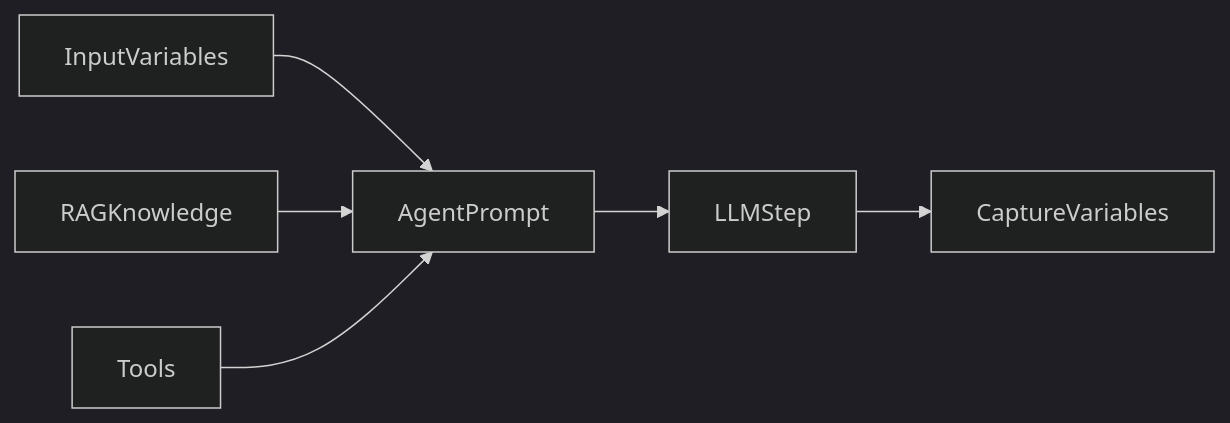
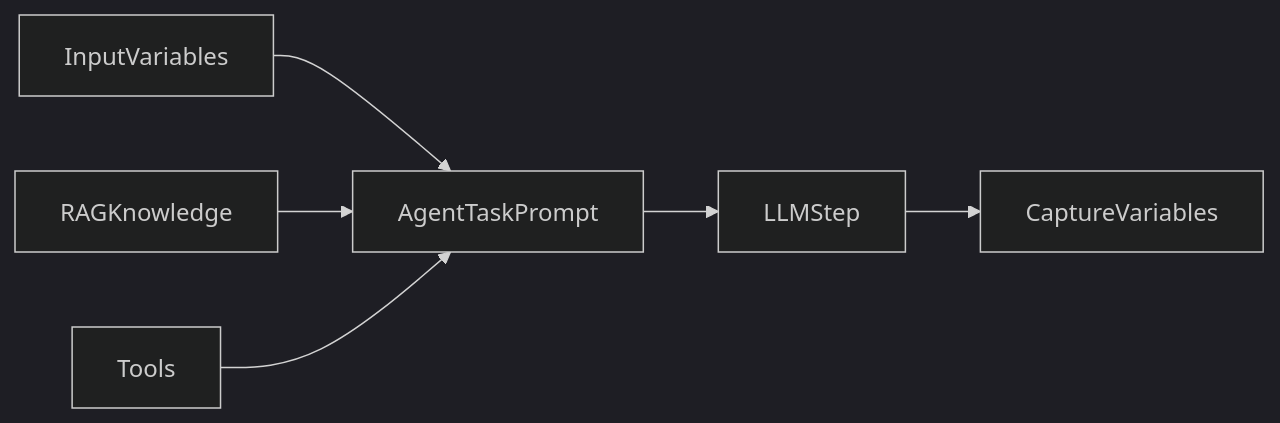
The diagram in graph-studio/agent-node.md (ashdeekonda/phinite-docs-c1), drawn with Mermaid (dark theme) before and after one commit. The commit also changed other lines of this file and 33 other files, not shown here.

First line of the commit message:
Revise documentation for Agent Cards and Graph Studio

````diff
--- a/graph-studio/agent-node.md
+++ b/graph-studio/agent-node.md
@@ -60,15 +85,15 @@
 ```mermaid
 flowchart LR
   input[InputVariables]
   rag[RAGKnowledge]
   tools[Tools]
-  prompt[AgentPrompt]
+  prompt[AgentTaskPrompt]
   llm[LLMStep]
   capture[CaptureVariables]
 
   input --> prompt
   rag --> prompt
   tools --> prompt
   prompt --> llm
   llm --> capture
 ```
````
